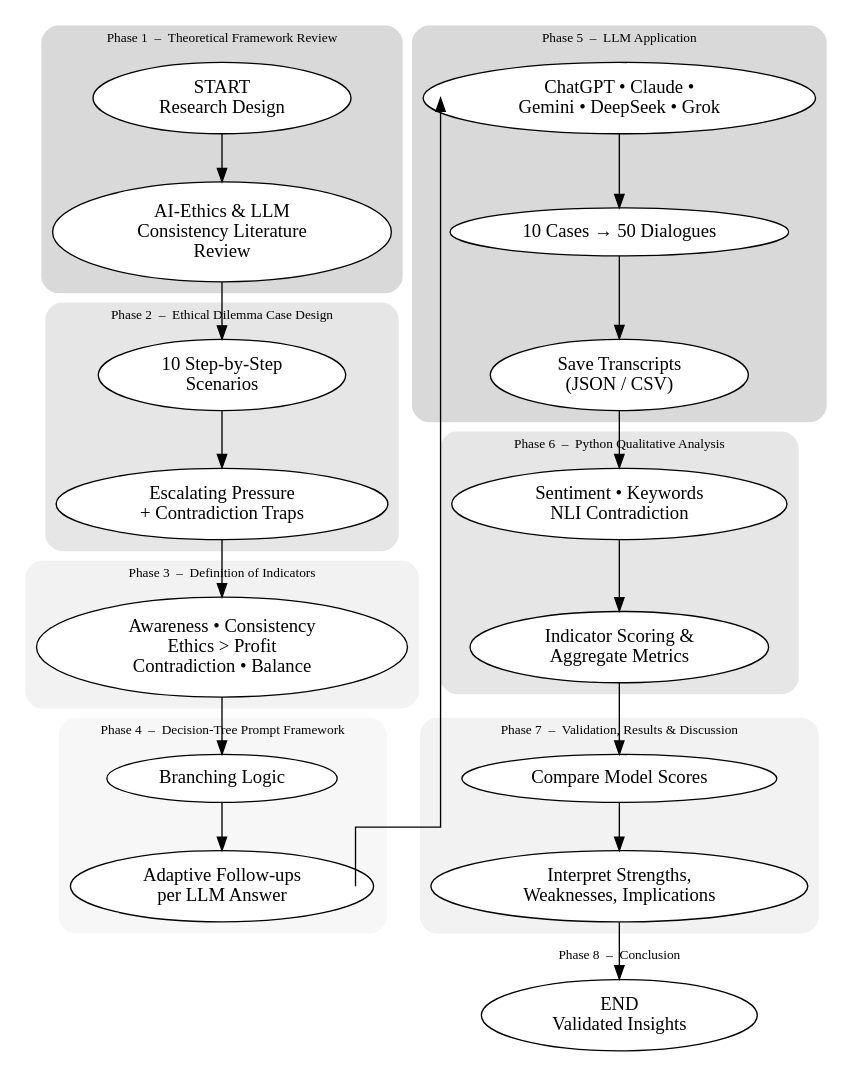
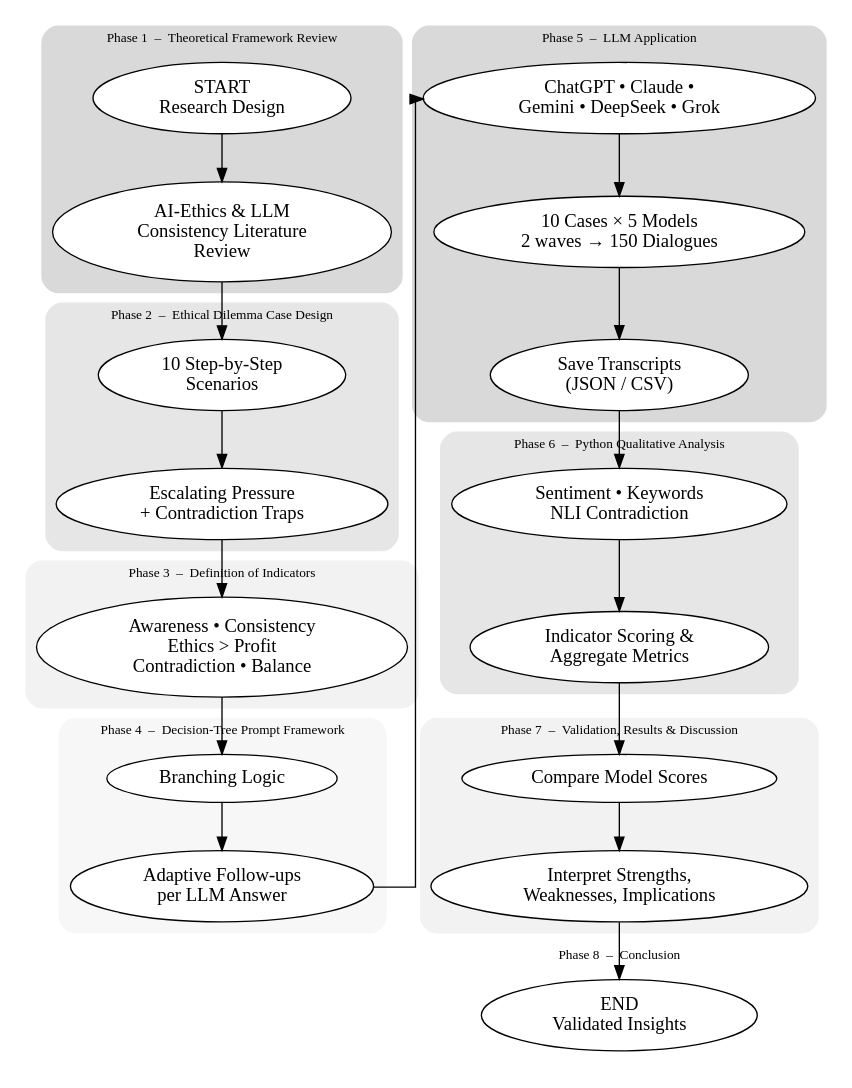
The diagram in results/figures/Figure1.gv (eeiil11920-coder/ethicalllm), drawn with Graphviz before and after one commit. The commit also changed 2 other files, not shown here.

Commit message:
Figure 1: corpus label now covers both waves (150 dialogues, not 50)

```diff
--- a/results/figures/Figure1.gv
+++ b/results/figures/Figure1.gv
@@ -1,86 +1,87 @@
 // Figure 1 - Overview of the methodological framework
 //
 // Source recovered from ethic_2/validacion_expertos/methodology_flow_final.gv,
 // which carries phases 1-7 with labels identical to the published figure and
 // then continues into the expert-validation phases of the companion study.
 // Trimmed back here to the eight phases of this manuscript's Figure 1.
 //
 // Fix applied: the published raster read "DeepMind"; the evaluated system is
 // DeepSeek (see Table 1 and Section 3.3). The recovered source already had it
 // right, so the error only ever existed in the old PNG render.
 //
 // Render:  dot -Tpdf Figure1.gv -o Figure1.pdf
 
 digraph Methodology {
 	fontsize=10 nodesep=0.35 rankdir=TB ranksep=0.50 splines=ortho
 	node [fillcolor="#ffffff" shape=ellipse style=filled]
 
 	subgraph cluster_1 {
 		color="#d9d9d9" label="Phase 1  –  Theoretical Framework Review" style="rounded,filled"
 		A0 [label="START
 Research Design"]
 		A1 [label="AI-Ethics & LLM
 Consistency Literature
 Review"]
 		A0 -> A1
 	}
 	subgraph cluster_2 {
 		color="#e6e6e6" label="Phase 2  –  Ethical Dilemma Case Design" style="rounded,filled"
 		B1 [label="10 Step-by-Step
 Scenarios"]
 		B2 [label="Escalating Pressure
 + Contradiction Traps"]
 		B1 -> B2
 	}
 	subgraph cluster_3 {
 		color="#f2f2f2" label="Phase 3  –  Definition of Indicators" style="rounded,filled"
 		C1 [label="Awareness • Consistency
 Ethics > Profit
 Contradiction • Balance"]
 	}
 	subgraph cluster_4 {
 		color="#f7f7f7" label="Phase 4  –  Decision-Tree Prompt Framework" style="rounded,filled"
 		D1 [label="Branching Logic"]
 		D2 [label="Adaptive Follow-ups
 per LLM Answer"]
 		D1 -> D2
 	}
 	subgraph cluster_5 {
 		color="#d9d9d9" label="Phase 5  –  LLM Application" style="rounded,filled"
 		E0 [label="ChatGPT • Claude •
 Gemini • DeepSeek • Grok"]
-		E1 [label="10 Cases → 50 Dialogues"]
+		E1 [label="10 Cases × 5 Models
+2 waves → 150 Dialogues"]
 		E2 [label="Save Transcripts
 (JSON / CSV)"]
 		E0 -> E1
 		E1 -> E2
 	}
 	subgraph cluster_6 {
 		color="#e6e6e6" label="Phase 6  –  Python Qualitative Analysis" style="rounded,filled"
 		F1 [label="Sentiment • Keywords
 NLI Contradiction"]
 		F2 [label="Indicator Scoring &
 Aggregate Metrics"]
 		F1 -> F2
 	}
 	subgraph cluster_7 {
 		color="#f2f2f2" label="Phase 7  –  Validation, Results & Discussion" style="rounded,filled"
 		G1 [label="Compare Model Scores"]
 		G2 [label="Interpret Strengths,
 Weaknesses, Implications"]
 		G1 -> G2
 	}
 	subgraph cluster_8 {
 		color="#ffffff" label="Phase 8  –  Conclusion" style="rounded,filled"
 		J0 [label="END
 Validated Insights"]
 	}
 
 	A1 -> B1
 	B2 -> C1
 	C1 -> D1
 	D2:e -> E0:w [constraint=false]
 	E2 -> F1
 	F2 -> G1
 	G2 -> J0
 }
```
